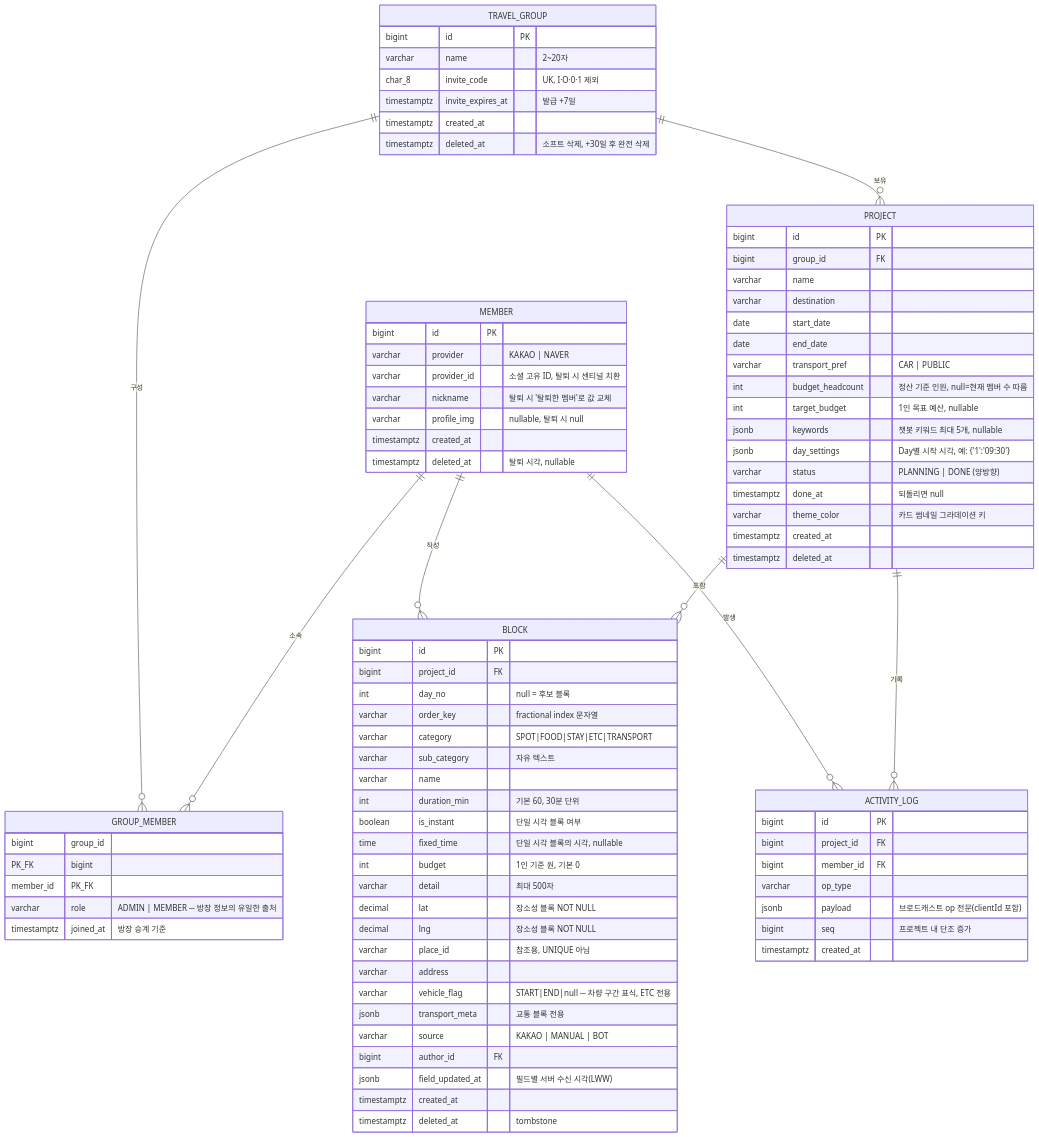
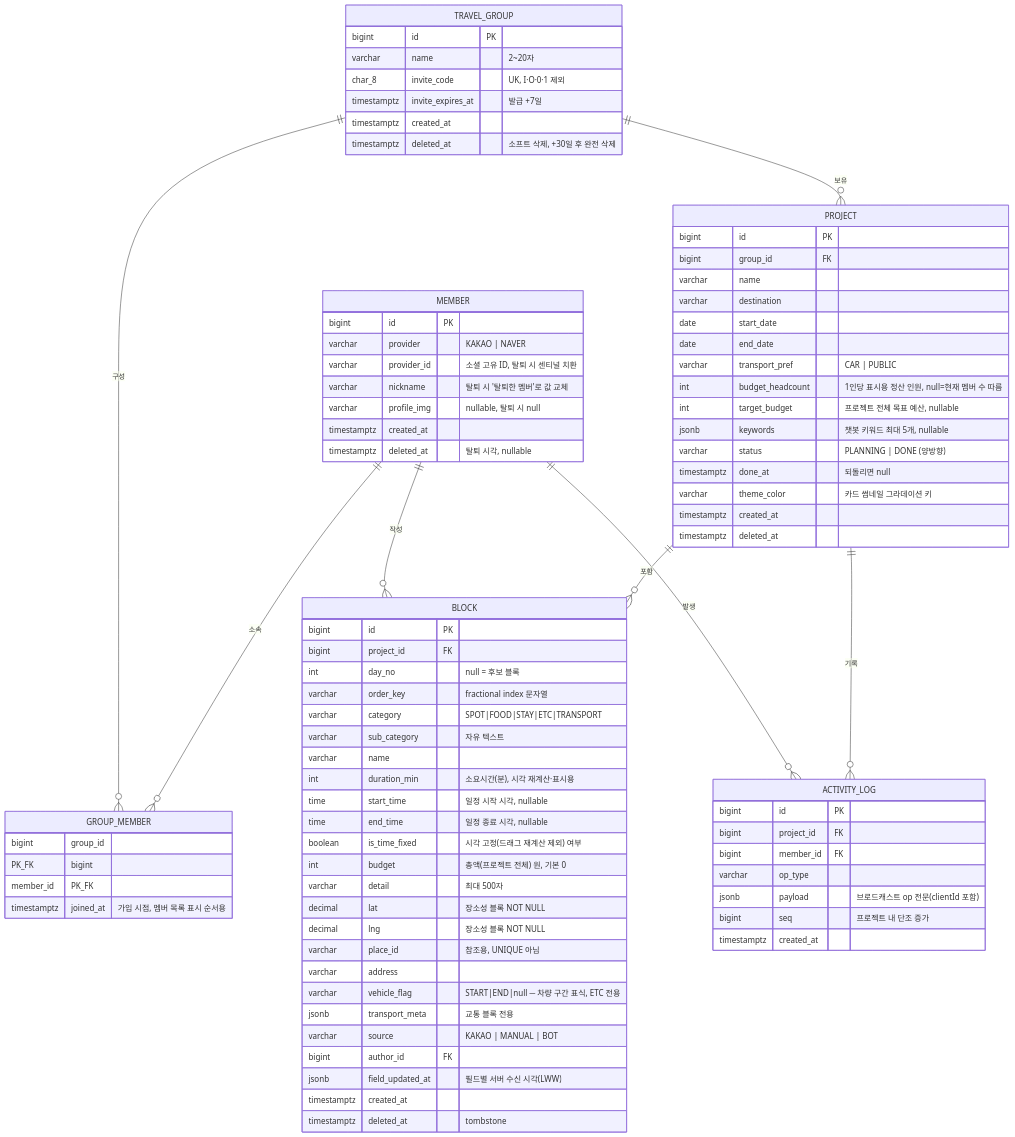
Before and after one commit to prgmd/ieumgil: the diagram in docs/db_api/ERD.md, drawn with Mermaid. The commit also changed other lines of this file and 2 other files, not shown here.

Commit message:
docs: 원래 기획에 맞게 ERD, API 설계 문서 수정

```diff
--- a/docs/db_api/ERD.md
+++ b/docs/db_api/ERD.md
@@ -49,8 +49,7 @@
     GROUP_MEMBER {
         bigint group_id PK_FK
         bigint member_id PK_FK
-        varchar role "ADMIN | MEMBER ─ 방장 정보의 유일한 출처"
-        timestamptz joined_at "방장 승계 기준"
+        timestamptz joined_at "가입 시점, 멤버 목록 표시 순서용"
     }
     PROJECT {
         bigint id PK
@@ -60,10 +59,9 @@
         date start_date
         date end_date
         varchar transport_pref "CAR | PUBLIC"
-        int budget_headcount "정산 기준 인원, null=현재 멤버 수 따름"
-        int target_budget "1인 목표 예산, nullable"
+        int budget_headcount "1인당 표시용 정산 인원, null=현재 멤버 수 따름"
+        int target_budget "프로젝트 전체 목표 예산, nullable"
         jsonb keywords "챗봇 키워드 최대 5개, nullable"
-        jsonb day_settings "Day별 시작 시각, 예: {'1':'09:30'}"
         varchar status "PLANNING | DONE (양방향)"
         timestamptz done_at "되돌리면 null"
         varchar theme_color "카드 썸네일 그라데이션 키"
@@ -78,10 +76,11 @@
         varchar category "SPOT|FOOD|STAY|ETC|TRANSPORT"
         varchar sub_category "자유 텍스트"
         varchar name
-        int duration_min "기본 60, 30분 단위"
-        boolean is_instant "단일 시각 블록 여부"
-        time fixed_time "단일 시각 블록의 시각, nullable"
-        int budget "1인 기준 원, 기본 0"
+        int duration_min "소요시간(분), 시각 재계산·표시용"
+        time start_time "일정 시작 시각, nullable"
+        time end_time "일정 종료 시각, nullable"
+        boolean is_time_fixed "시각 고정(드래그 재계산 제외) 여부"
+        int budget "총액(프로젝트 전체) 원, 기본 0"
         varchar detail "최대 500자"
         decimal lat "장소성 블록 NOT NULL"
         decimal lng "장소성 블록 NOT NULL"
```
